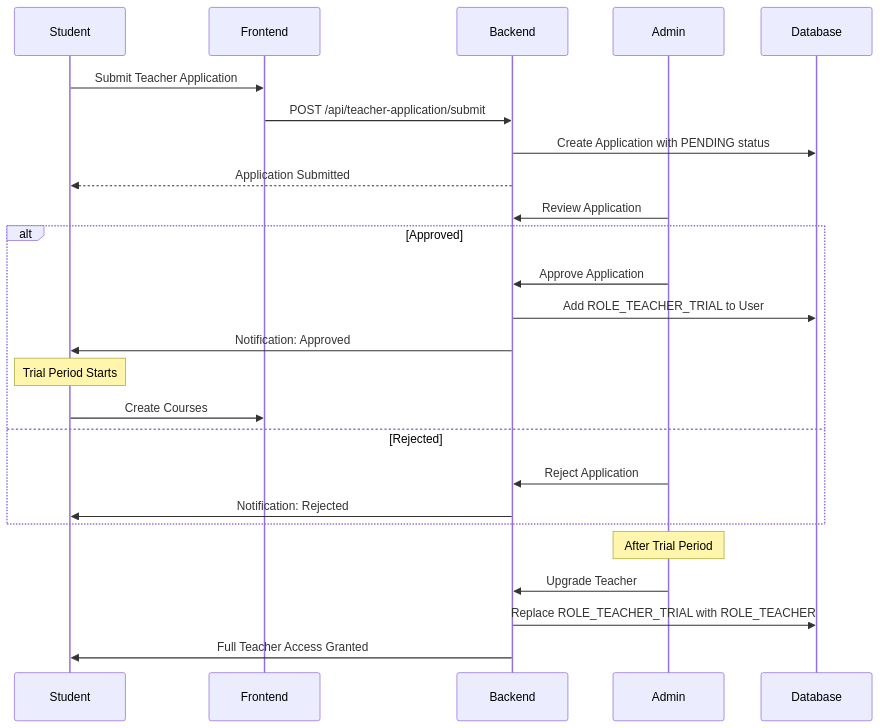
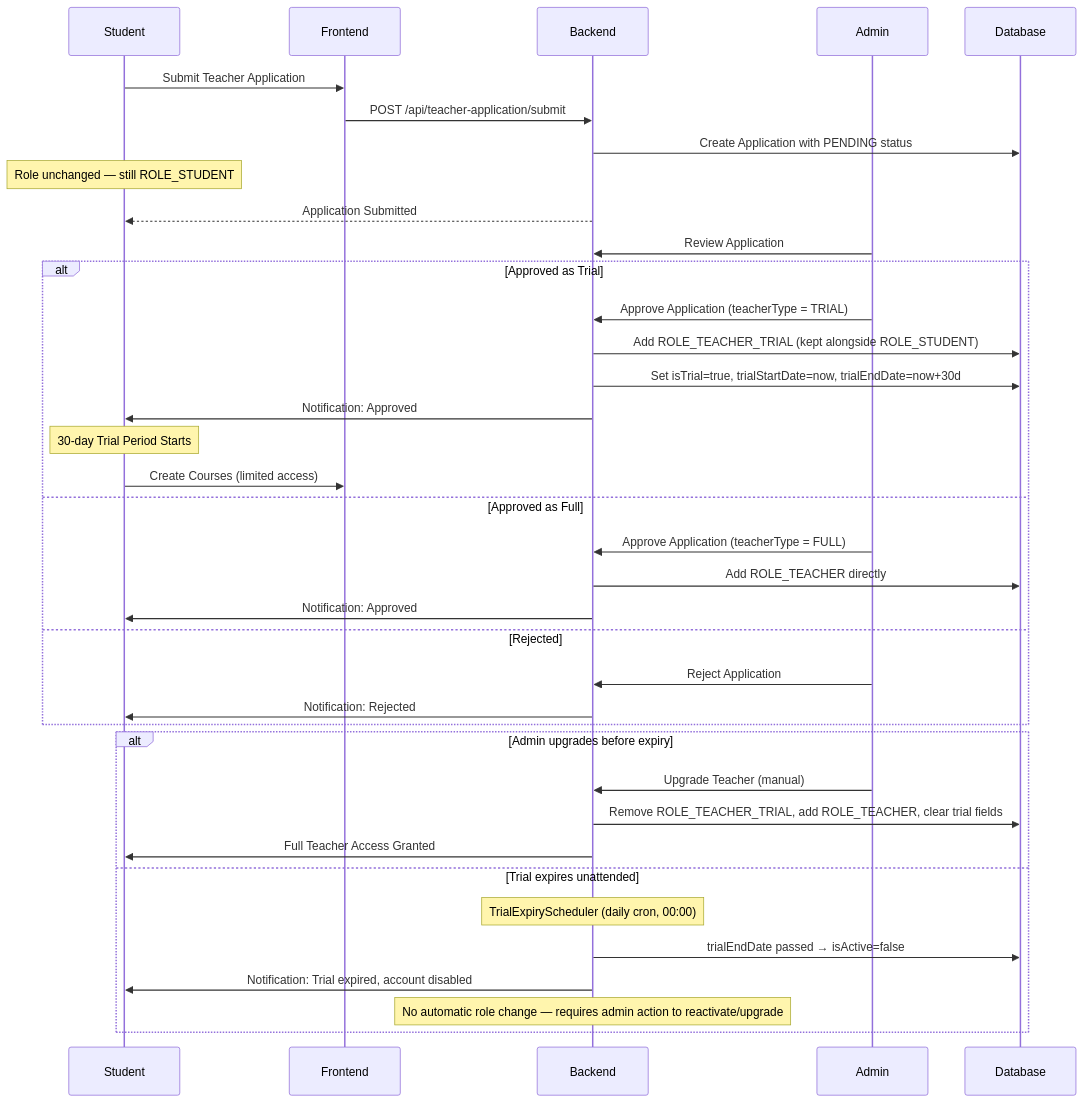
Before and after one commit to HuuLocFIT/EduMind: the fourth of 10 diagrams in docs/workflows/auth_workflows.md, drawn with Mermaid. The commit also changed other lines of this file and 17 other files, not shown here.

First line of the commit message:
docs: Update authentication workflows and clarify teacher trial process

````diff
--- a/docs/workflows/auth_workflows.md
+++ b/docs/workflows/auth_workflows.md
@@ -102,30 +111,42 @@
 ```mermaid
 sequenceDiagram
     participant Student
     participant Frontend
     participant Backend
     participant Admin
     participant Database
 
     Student->>Frontend: Submit Teacher Application
     Frontend->>Backend: POST /api/teacher-application/submit
     Backend->>Database: Create Application with PENDING status
+    Note over Student: Role unchanged — still ROLE_STUDENT
     Backend-->>Student: Application Submitted
     
     Admin->>Backend: Review Application
-    alt Approved
-        Admin->>Backend: Approve Application
-        Backend->>Database: Add ROLE_TEACHER_TRIAL to User
+    alt Approved as Trial
+        Admin->>Backend: Approve Application (teacherType = TRIAL)
+        Backend->>Database: Add ROLE_TEACHER_TRIAL (kept alongside ROLE_STUDENT)
+        Backend->>Database: Set isTrial=true, trialStartDate=now, trialEndDate=now+30d
         Backend->>Student: Notification: Approved
-        Note over Student: Trial Period Starts
-        Student->>Frontend: Create Courses
+        Note over Student: 30-day Trial Period Starts
+        Student->>Frontend: Create Courses (limited access)
+    else Approved as Full
+        Admin->>Backend: Approve Application (teacherType = FULL)
+        Backend->>Database: Add ROLE_TEACHER directly
+        Backend->>Student: Notification: Approved
     else Rejected
         Admin->>Backend: Reject Application
         Backend->>Student: Notification: Rejected
     end
     
-    Note over Admin: After Trial Period
-    Admin->>Backend: Upgrade Teacher
-    Backend->>Database: Replace ROLE_TEACHER_TRIAL with ROLE_TEACHER
-    Backend->>Student: Full Teacher Access Granted
+    alt Admin upgrades before expiry
+        Admin->>Backend: Upgrade Teacher (manual)
+        Backend->>Database: Remove ROLE_TEACHER_TRIAL, add ROLE_TEACHER, clear trial fields
+        Backend->>Student: Full Teacher Access Granted
+    else Trial expires unattended
+        Note over Backend: TrialExpiryScheduler (daily cron, 00:00)
+        Backend->>Database: trialEndDate passed → isActive=false
+        Backend->>Student: Notification: Trial expired, account disabled
+        Note over Backend: No automatic role change — requires admin action to reactivate/upgrade
+    end
 ```
````
